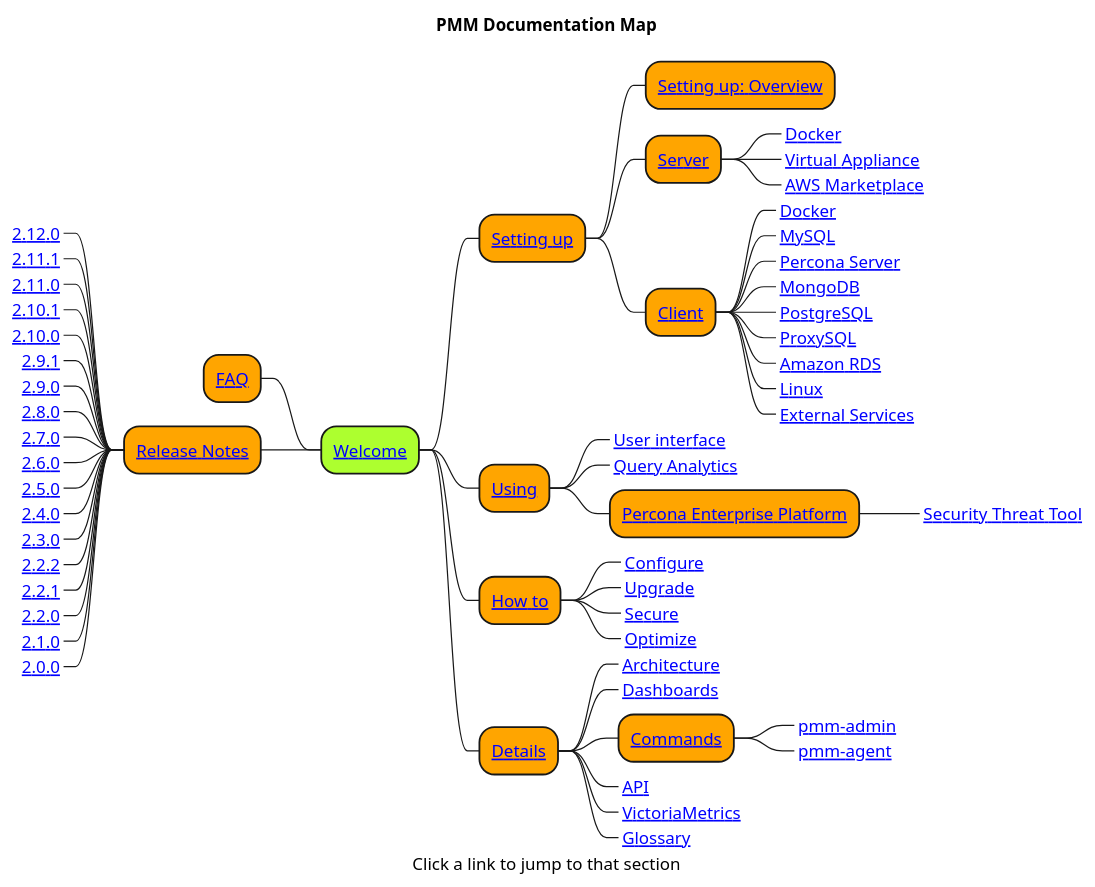
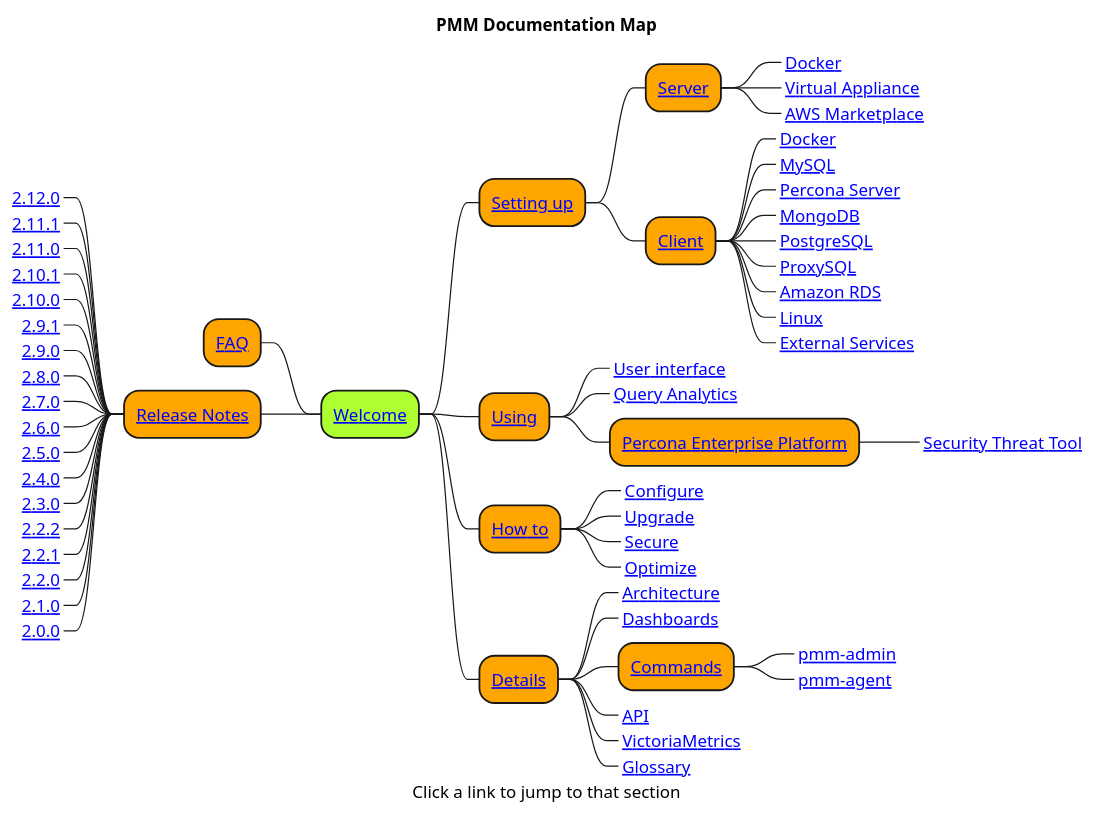
One commit to percona/pmm-doc changed the diagram in resources/Map.puml. Above: the diagram before and after it, drawn with PlantUML. The commit also changed 1 other file, not shown here.

```diff
--- a/resources/Map.puml
+++ b/resources/Map.puml
@@ -1,79 +1,79 @@
 @startmindmap "PMM_Documentation_Map"
 title PMM Documentation Map
 caption Click a link to jump to that section
 
 
 <style>
 mindmapDiagram {
   node {
     BackgroundColor Orange
   }
 }
 </style>
 
 *[#GreenYellow] [[https://www.percona.com/doc/percona-monitoring-and-management/2.x/index.html Welcome]]
 ** [[https://www.percona.com/doc/percona-monitoring-and-management/2.x/setting-up/ Setting up]]
-*** [[https://www.percona.com/doc/percona-monitoring-and-management/2.x/setting-up/index.html Setting up: Overview]]
+'*** [[https://www.percona.com/doc/percona-monitoring-and-management/2.x/setting-up/index.html Setting up: Overview]]
 *** [[https://www.percona.com/doc/percona-monitoring-and-management/2.x/setting-up/server/ Server]]
 '****_ [[https://www.percona.com/doc/percona-monitoring-and-management/2.x/setting-up/server/ Setting up PMM Server: Overview]]
 ****_ [[https://www.percona.com/doc/percona-monitoring-and-management/2.x/setting-up/server/docker.html Docker]]
 ****_ [[https://www.percona.com/doc/percona-monitoring-and-management/2.x/setting-up/server/virtual-appliance.html Virtual Appliance]]
 ****_ [[https://www.percona.com/doc/percona-monitoring-and-management/2.x/setting-up/server/aws.html AWS Marketplace]]
 *** [[https://www.percona.com/doc/percona-monitoring-and-management/2.x/setting-up/client/ Client]]
 '****_ [[https://www.percona.com/doc/percona-monitoring-and-management/2.x/setting-up/client/ Setting up PMM Clients]]
 ****_ [[https://www.percona.com/doc/percona-monitoring-and-management/2.x/setting-up/client/docker.html Docker]]
 ****_ [[https://www.percona.com/doc/percona-monitoring-and-management/2.x/setting-up/client/mysql.html MySQL]]
 ****_ [[https://www.percona.com/doc/percona-monitoring-and-management/2.x/setting-up/client/percona-server.html Percona Server]]
 ****_ [[https://www.percona.com/doc/percona-monitoring-and-management/2.x/setting-up/client/mongodb.html MongoDB]]
 ****_ [[https://www.percona.com/doc/percona-monitoring-and-management/2.x/setting-up/client/postgresql.html PostgreSQL]]
 ****_ [[https://www.percona.com/doc/percona-monitoring-and-management/2.x/setting-up/client/proxysql.html ProxySQL]]
 ****_ [[https://www.percona.com/doc/percona-monitoring-and-management/2.x/setting-up/client/aws.html Amazon RDS]]
 ****_ [[https://www.percona.com/doc/percona-monitoring-and-management/2.x/setting-up/client/linux.html Linux]]
 ****_ [[https://www.percona.com/doc/percona-monitoring-and-management/2.x/setting-up/client/external.html External Services]]
 ** [[https://www.percona.com/doc/percona-monitoring-and-management/2.x/using/ Using]]
 '***_ [[https://www.percona.com/doc/percona-monitoring-and-management/2.x/using/ Using: Overview]]
 ***_ [[https://www.percona.com/doc/percona-monitoring-and-management/2.x/using/interface.html User interface]]
 ***_ [[https://www.percona.com/doc/percona-monitoring-and-management/2.x/using/query-analytics.html Query Analytics]]
 *** [[https://www.percona.com/doc/percona-monitoring-and-management/2.x/using/platform/ Percona Enterprise Platform]]
 '***_ [[https://www.percona.com/doc/percona-monitoring-and-management/2.x/using/platform/ About Percona Enterprise Platform]]
 ****_ [[https://www.percona.com/doc/percona-monitoring-and-management/2.x/using/platform/security-threat-tool.html Security Threat Tool]]
 ** [[https://www.percona.com/doc/percona-monitoring-and-management/2.x/how-to/ How to]]
 '***_ [[https://www.percona.com/doc/percona-monitoring-and-management/2.x/how-to/ How to: Overview]]
 ***_ [[https://www.percona.com/doc/percona-monitoring-and-management/2.x/how-to/configure.html Configure]]
 ***_ [[https://www.percona.com/doc/percona-monitoring-and-management/2.x/how-to/upgrade.html Upgrade]]
 ***_ [[https://www.percona.com/doc/percona-monitoring-and-management/2.x/how-to/secure.html Secure]]
 ***_ [[https://www.percona.com/doc/percona-monitoring-and-management/2.x/how-to/optimize.html Optimize]]
 ** [[https://www.percona.com/doc/percona-monitoring-and-management/2.x/details/ Details]]
 '***_ [[https://www.percona.com/doc/percona-monitoring-and-management/2.x/details/ Details: Overview]]
 ***_ [[https://www.percona.com/doc/percona-monitoring-and-management/2.x/details/architecture.html Architecture]]
 ***_ [[https://www.percona.com/doc/percona-monitoring-and-management/2.x/details/dashboards/ Dashboards]]
 *** [[https://www.percona.com/doc/percona-monitoring-and-management/2.x/details/commands/ Commands]]
 ****_ [[https://www.percona.com/doc/percona-monitoring-and-management/2.x/details/commands/pmm-admin.html pmm-admin]]
 ****_ [[https://www.percona.com/doc/percona-monitoring-and-management/2.x/details/commands/pmm-agent.html pmm-agent]]
 ***_ [[https://www.percona.com/doc/percona-monitoring-and-management/2.x/details/api.html API]]
 ***_ [[https://www.percona.com/doc/percona-monitoring-and-management/2.x/details/victoria-metrics.html VictoriaMetrics]]
 ***_ [[https://www.percona.com/doc/percona-monitoring-and-management/2.x/details/glossary.html Glossary]]
 
 left side
 
 ** [[https://www.percona.com/doc/percona-monitoring-and-management/2.x/faq.html FAQ]]
 ** [[https://www.percona.com/doc/percona-monitoring-and-management/2.x/release-notes/ Release Notes]]
 ***_ [[https://www.percona.com/doc/percona-monitoring-and-management/2.x/release-notes/2.12.0.html 2.12.0]]
 ***_ [[https://www.percona.com/doc/percona-monitoring-and-management/2.x/release-notes/2.11.1.html 2.11.1]]
 ***_ [[https://www.percona.com/doc/percona-monitoring-and-management/2.x/release-notes/2.11.0.html 2.11.0]]
 ***_ [[https://www.percona.com/doc/percona-monitoring-and-management/2.x/release-notes/2.10.1.html 2.10.1]]
 ***_ [[https://www.percona.com/doc/percona-monitoring-and-management/2.x/release-notes/2.10.0.html 2.10.0]]
 ***_ [[https://www.percona.com/doc/percona-monitoring-and-management/2.x/release-notes/2.9.1.html 2.9.1]]
 ***_ [[https://www.percona.com/doc/percona-monitoring-and-management/2.x/release-notes/2.9.0.html 2.9.0]]
 ***_ [[https://www.percona.com/doc/percona-monitoring-and-management/2.x/release-notes/2.8.0.html 2.8.0]]
 ***_ [[https://www.percona.com/doc/percona-monitoring-and-management/2.x/release-notes/2.7.0.html 2.7.0]]
 ***_ [[https://www.percona.com/doc/percona-monitoring-and-management/2.x/release-notes/2.6.0.html 2.6.0]]
 ***_ [[https://www.percona.com/doc/percona-monitoring-and-management/2.x/release-notes/2.5.0.html 2.5.0]]
 ***_ [[https://www.percona.com/doc/percona-monitoring-and-management/2.x/release-notes/2.4.0.html 2.4.0]]
 ***_ [[https://www.percona.com/doc/percona-monitoring-and-management/2.x/release-notes/2.3.0.html 2.3.0]]
 ***_ [[https://www.percona.com/doc/percona-monitoring-and-management/2.x/release-notes/2.2.2.html 2.2.2]]
 ***_ [[https://www.percona.com/doc/percona-monitoring-and-management/2.x/release-notes/2.2.1.html 2.2.1]]
 ***_ [[https://www.percona.com/doc/percona-monitoring-and-management/2.x/release-notes/2.2.0.html 2.2.0]]
 ***_ [[https://www.percona.com/doc/percona-monitoring-and-management/2.x/release-notes/2.1.0.html 2.1.0]]
 ***_ [[https://www.percona.com/doc/percona-monitoring-and-management/2.x/release-notes/2.0.0.html 2.0.0]]
 @endmindmap
```
